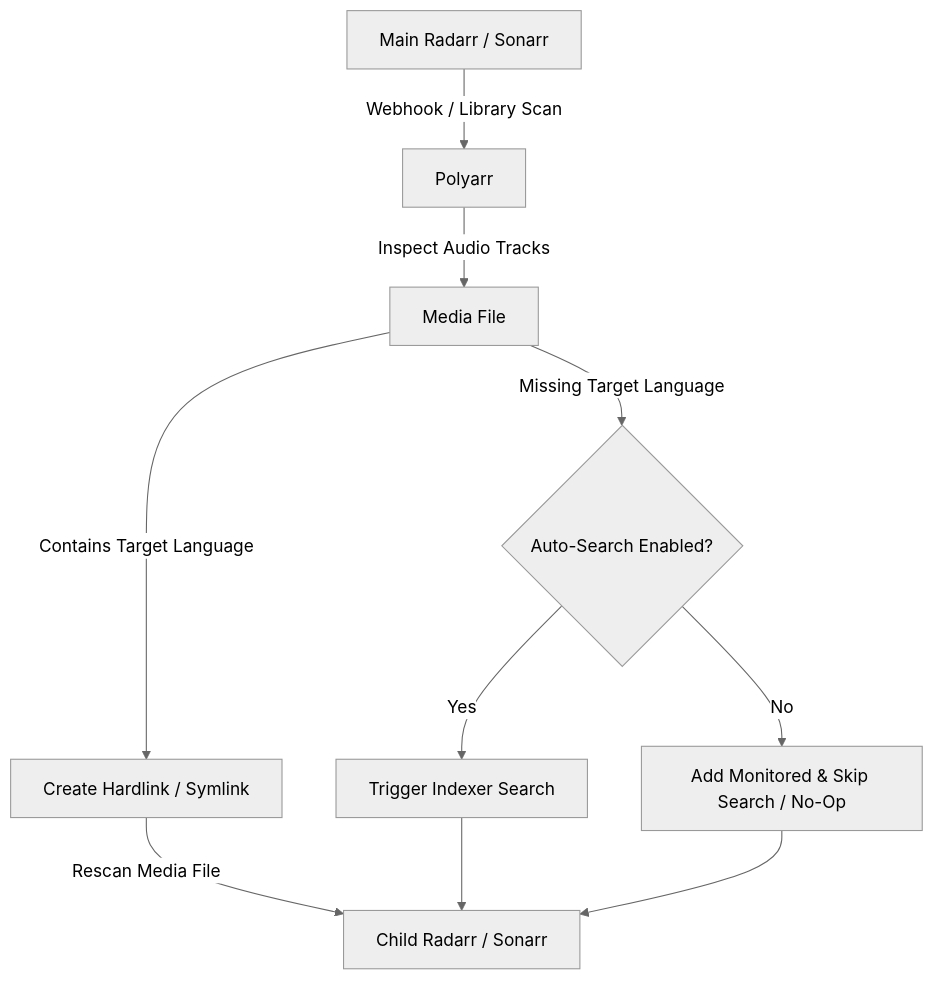
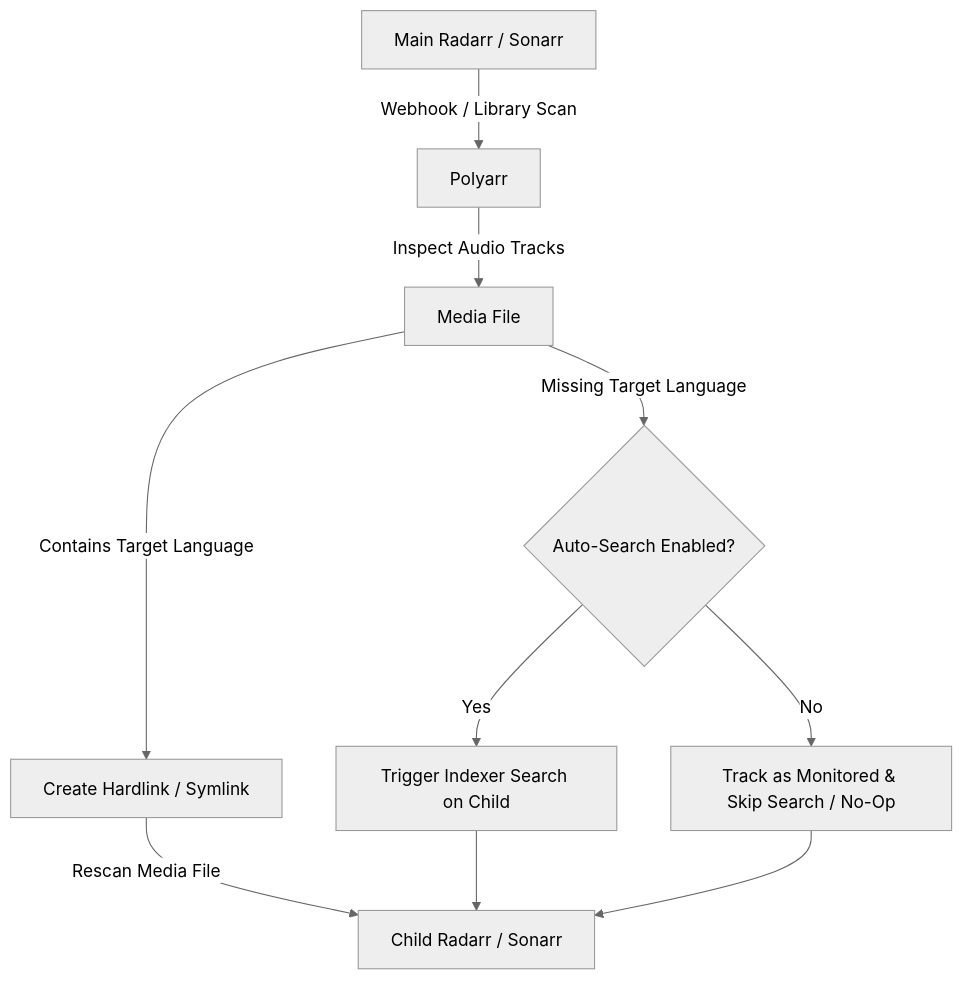
Before and after one commit to ControlTowarr/polyarr: the diagram in README.md, drawn with Mermaid (neutral theme). The commit also changed other lines of this file and 1 other file, not shown here.

````diff
--- a/README.md
+++ b/README.md
@@ -25,12 +26,12 @@
 ```mermaid
 graph TD;
     Main[Main Radarr / Sonarr] -->|Webhook / Library Scan| Polyarr;
     Polyarr -->|Inspect Audio Tracks| Media[Media File];
     Media -->|Contains Target Language| Link[Create Hardlink / Symlink];
     Link -->|Rescan Media File| Child[Child Radarr / Sonarr];
     Media -->|Missing Target Language| CheckAuto{Auto-Search Enabled?};
-    CheckAuto -->|Yes| Search[Trigger Indexer Search];
-    CheckAuto -->|No| NoOp[Add Monitored & Skip Search / No-Op];
+    CheckAuto -->|Yes| Search[Trigger Indexer Search on Child];
+    CheckAuto -->|No| NoOp[Track as Monitored & Skip Search / No-Op];
     Search --> Child;
     NoOp --> Child;
 ```
````
